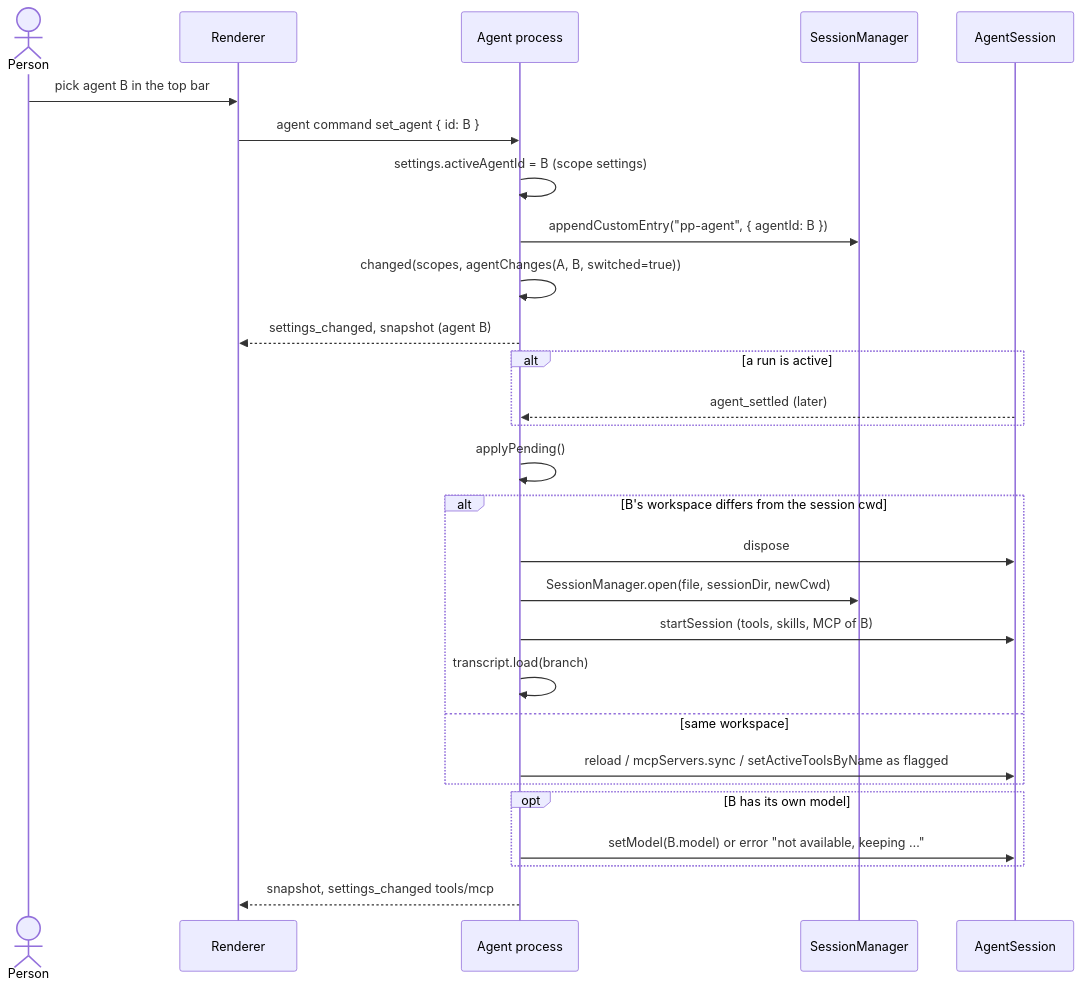
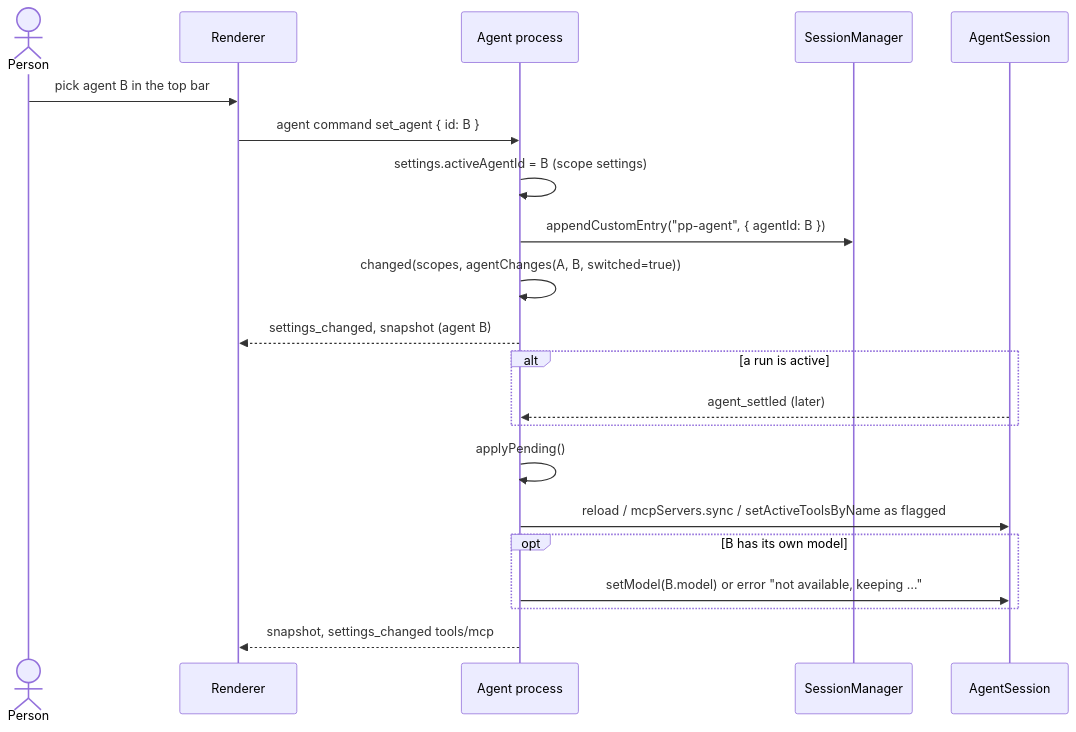
One commit to pp-techs/pp-agent changed the second of 2 diagrams in docs/architecture/agents-and-live-settings.md. Above: the diagram before and after it, drawn with Mermaid. The commit also changed other lines of this file and 36 other files, not shown here.

````diff
--- a/docs/architecture/agents-and-live-settings.md
+++ b/docs/architecture/agents-and-live-settings.md
@@ -74,30 +74,23 @@
 ```mermaid
 sequenceDiagram
   actor U as Person
   participant R as Renderer
   participant A as Agent process
   participant SM as SessionManager
   participant Pi as AgentSession
   U->>R: pick agent B in the top bar
   R->>A: agent command set_agent { id: B }
   A->>A: settings.activeAgentId = B (scope settings)
   A->>SM: appendCustomEntry("pp-agent", { agentId: B })
   A->>A: changed(scopes, agentChanges(A, B, switched=true))
   A-->>R: settings_changed, snapshot (agent B)
   alt a run is active
     Pi-->>A: agent_settled (later)
   end
   A->>A: applyPending()
-  alt B's workspace differs from the session cwd
-    A->>Pi: dispose
-    A->>SM: SessionManager.open(file, sessionDir, newCwd)
-    A->>Pi: startSession (tools, skills, MCP of B)
-    A->>A: transcript.load(branch)
-  else same workspace
-    A->>Pi: reload / mcpServers.sync / setActiveToolsByName as flagged
-  end
+  A->>Pi: reload / mcpServers.sync / setActiveToolsByName as flagged
   opt B has its own model
     A->>Pi: setModel(B.model) or error "not available, keeping …"
   end
   A-->>R: snapshot, settings_changed tools/mcp
 ```
````
